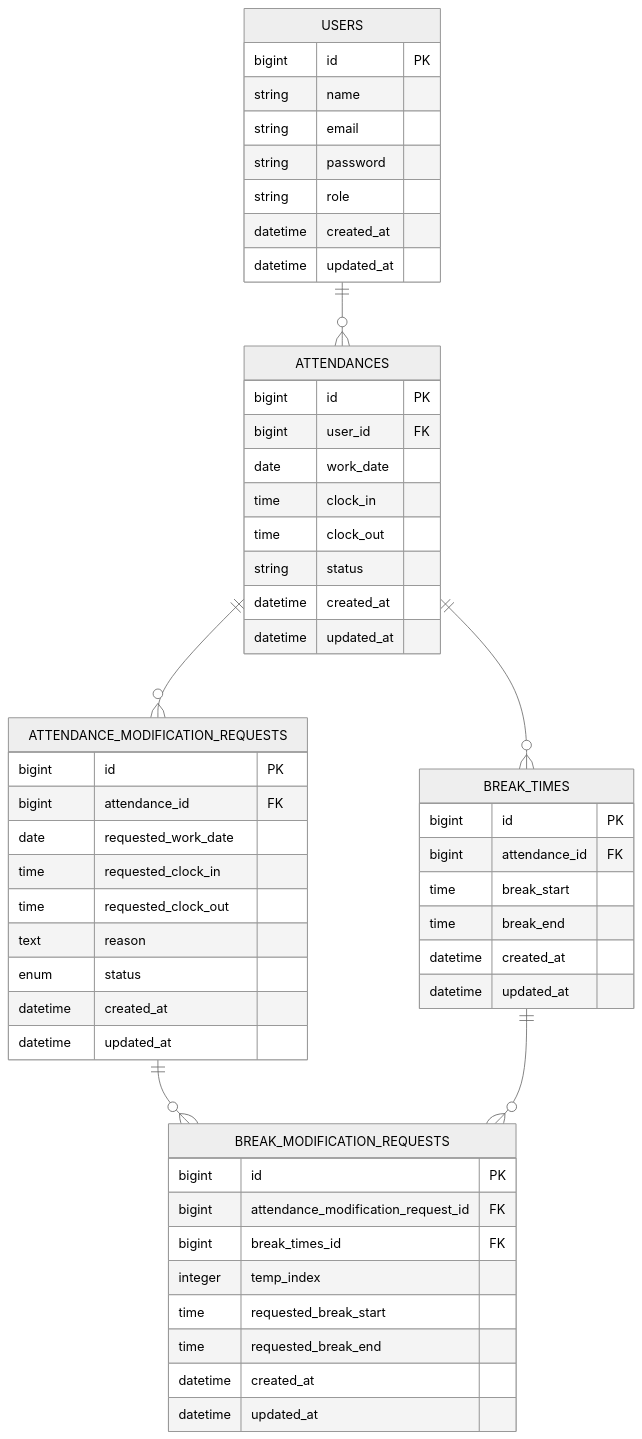
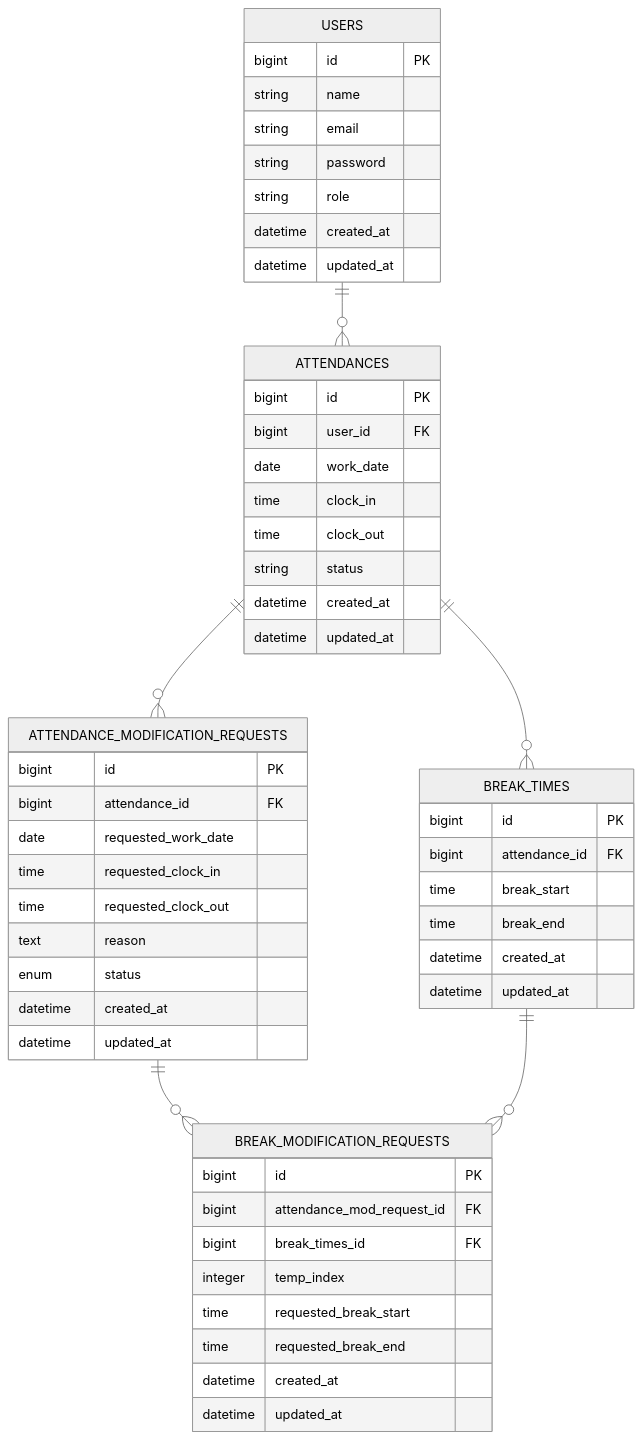
Before and after one commit to hiroyuki92/time-attendance-management: the diagram in README.md, drawn with Mermaid (neutral theme). The commit also changed other lines of this file, not shown here.

````diff
--- a/README.md
+++ b/README.md
@@ -100,63 +100,63 @@
 ```mermaid
 erDiagram
     USERS {
         bigint id PK
         string name
         string email
         string password
         string role
         datetime created_at
         datetime updated_at
     }
     
     ATTENDANCES {
         bigint id PK
         bigint user_id FK
         date work_date
         time clock_in
         time clock_out
         string status
         datetime created_at
         datetime updated_at
     }
     
     BREAK_TIMES {
         bigint id PK
         bigint attendance_id FK
         time break_start
         time break_end
         datetime created_at
         datetime updated_at
     }
     
     ATTENDANCE_MODIFICATION_REQUESTS {
         bigint id PK
         bigint attendance_id FK
         date requested_work_date
         time requested_clock_in
         time requested_clock_out
         text reason
         enum status
         datetime created_at
         datetime updated_at
     }
     
     BREAK_MODIFICATION_REQUESTS {
         bigint id PK
-        bigint attendance_modification_request_id FK
+        bigint attendance_mod_request_id FK
         bigint break_times_id FK
         integer temp_index
         time requested_break_start
         time requested_break_end
         datetime created_at
         datetime updated_at
     }
     
     %% リレーションシップの定義
     USERS ||--o{ ATTENDANCES : ""
     ATTENDANCES ||--o{ ATTENDANCE_MODIFICATION_REQUESTS : ""
     ATTENDANCES ||--o{ BREAK_TIMES : ""
     ATTENDANCE_MODIFICATION_REQUESTS ||--o{ BREAK_MODIFICATION_REQUESTS : ""
     BREAK_TIMES ||--o{ BREAK_MODIFICATION_REQUESTS : ""
 
 ```
````
